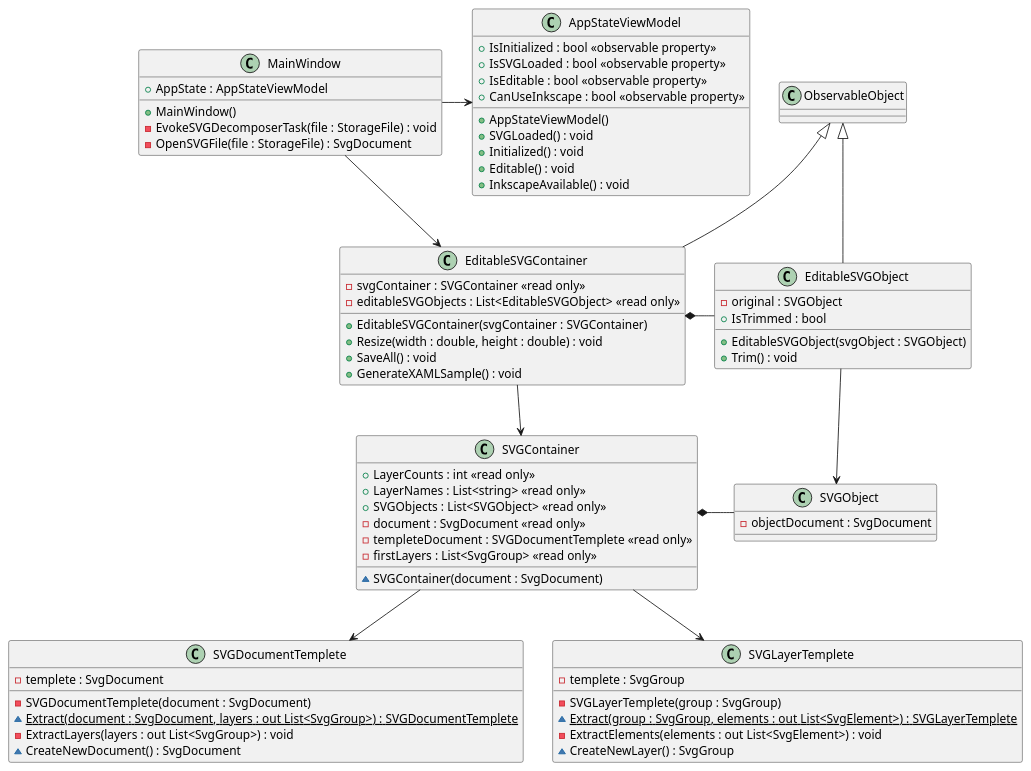
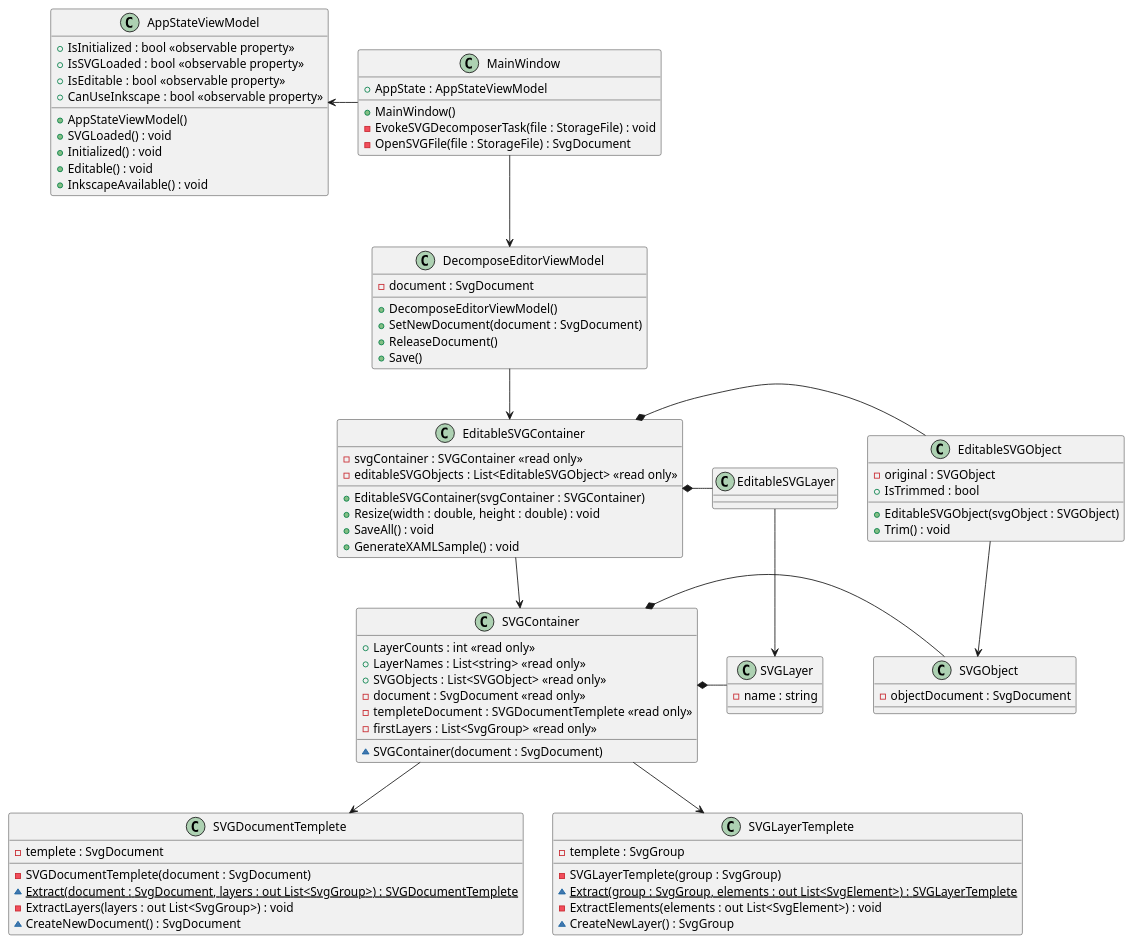
The diagram in uml/SVGObjectsDecomposer.puml (tatsuya19871219/SVGObjectsDecomposer), drawn with PlantUML before and after one commit. The commit also changed 15 other files, not shown here.

Commit message:
Add the user view class (SVGImageView class) for displaying the SVG image for a given SvgDocument instance

```diff
--- a/uml/SVGObjectsDecomposer.puml
+++ b/uml/SVGObjectsDecomposer.puml
@@ -1,99 +1,123 @@
 @startuml SVGObjectsDecomposer
 
 class MainWindow
 {
     + AppState : AppStateViewModel
     + MainWindow()
     - EvokeSVGDecomposerTask(file : StorageFile) : void
     - OpenSVGFile(file : StorageFile) : SvgDocument
 }
 
 class AppStateViewModel
 {
     + IsInitialized : bool <<observable property>>
     + IsSVGLoaded : bool <<observable property>>
     + IsEditable : bool <<observable property>>
     + CanUseInkscape : bool <<observable property>>
     + AppStateViewModel()
     + SVGLoaded() : void
     + Initialized() : void
     + Editable() : void
     + InkscapeAvailable() : void
+}
+
+class DecomposeEditorViewModel
+{
+    - document : SvgDocument
+    + DecomposeEditorViewModel()
+    + SetNewDocument(document : SvgDocument)
+    + ReleaseDocument()
+    + Save()
 }
 
 class EditableSVGContainer
 {
     - svgContainer : SVGContainer <<read only>>
     - editableSVGObjects : List<EditableSVGObject> <<read only>>
     + EditableSVGContainer(svgContainer : SVGContainer)
     + Resize(width : double, height : double) : void
     '+ TrimAll() : void
     + SaveAll() : void
     + GenerateXAMLSample() : void
 }
 
 class SVGContainer
 {
     + LayerCounts : int <<read only>>
     + LayerNames : List<string> <<read only>>
     + SVGObjects : List<SVGObject> <<read only>>
     - document : SvgDocument <<read only>>
     - templeteDocument : SVGDocumentTemplete <<read only>>
     - firstLayers : List<SvgGroup> <<read only>>
     ~ SVGContainer(document : SvgDocument)
 
 }
 
 class SVGDocumentTemplete
 {
     - templete : SvgDocument
     - SVGDocumentTemplete(document : SvgDocument)
     {static} ~ Extract(document : SvgDocument, layers : out List<SvgGroup>) : SVGDocumentTemplete
     - ExtractLayers(layers : out List<SvgGroup>) : void
     ~ CreateNewDocument() : SvgDocument
 }
 
 class SVGLayerTemplete
 {
     - templete : SvgGroup
     - SVGLayerTemplete(group : SvgGroup)
     {static} ~ Extract(group : SvgGroup, elements : out List<SvgElement>) : SVGLayerTemplete
     - ExtractElements(elements : out List<SvgElement>) : void
     ~ CreateNewLayer() : SvgGroup
 }
 
+class SVGLayer
+{
+    - name : string
+}
+
+class EditableSVGLayer
+{
+
+}
+
 class SVGObject
 {
     - objectDocument : SvgDocument
 }
 
-' class TrimmedSVGObject
-' {
-
-' }
 
 class EditableSVGObject
 {
     - original : SVGObject
     '- trimmed : SVGObject
     + EditableSVGObject(svgObject : SVGObject)
     + IsTrimmed : bool
     + Trim() : void
 }
 
+
 ' arrows
 MainWindow -left-> AppStateViewModel
-MainWindow --> EditableSVGContainer
+'MainWindow --> EditableSVGContainer
+MainWindow --> DecomposeEditorViewModel
 
 EditableSVGObject --> SVGObject
+EditableSVGLayer --> SVGLayer
 EditableSVGContainer --> SVGContainer
+
 SVGContainer --> SVGDocumentTemplete
 SVGContainer --> SVGLayerTemplete
 
 SVGContainer *- SVGObject
 EditableSVGContainer *- EditableSVGObject
 
-EditableSVGContainer -up-|> ObservableObject
-EditableSVGObject -up-|> ObservableObject
+SVGContainer *- SVGLayer
+EditableSVGContainer *- EditableSVGLayer
+
+'EditableSVGContainer -up-|> ObservableObject
+'EditableSVGObject -up-|> ObservableObject
+
+DecomposeEditorViewModel --> EditableSVGContainer
 
 @enduml
```
